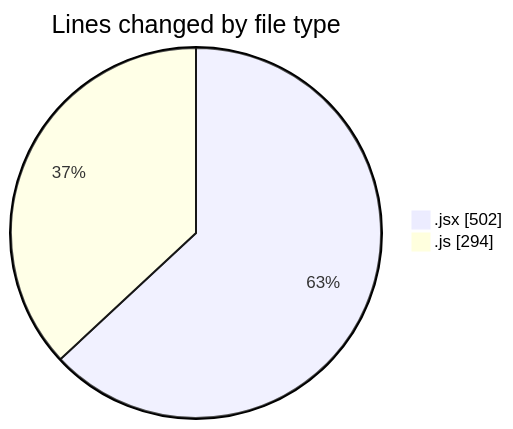
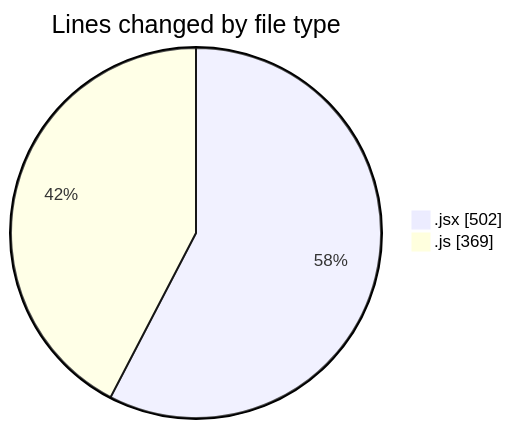
The first of 2 diagrams in 2025-12-02/nxtqube_webapp/README.md (nxtqubesakshisongat/code-tracking), drawn with Mermaid before and after one commit. The commit also changed other lines of this file and 1 other file, not shown here.

````diff
--- a/2025-12-02/nxtqube_webapp/README.md
+++ b/2025-12-02/nxtqube_webapp/README.md
@@ -22,6 +23,6 @@
 ```mermaid
 pie showData
 title Lines changed by file type
 ".jsx" : 502
-".js" : 294
+".js" : 369
 ```
````
